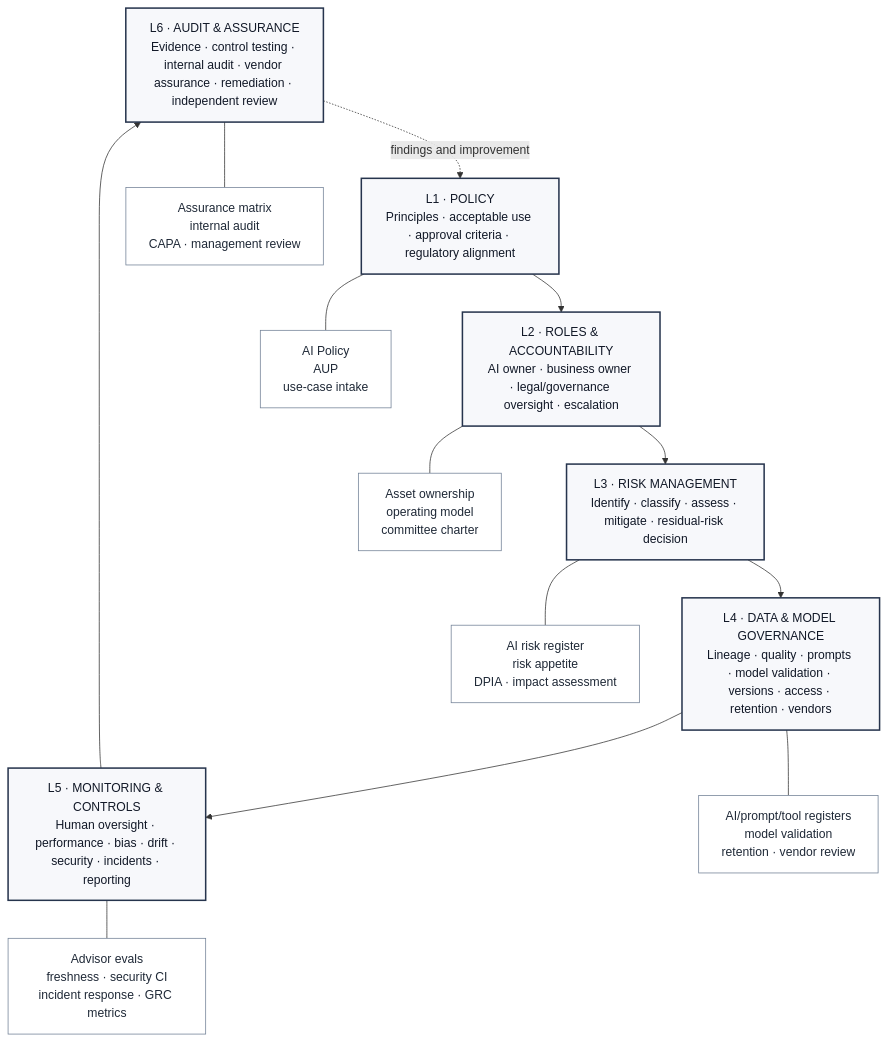
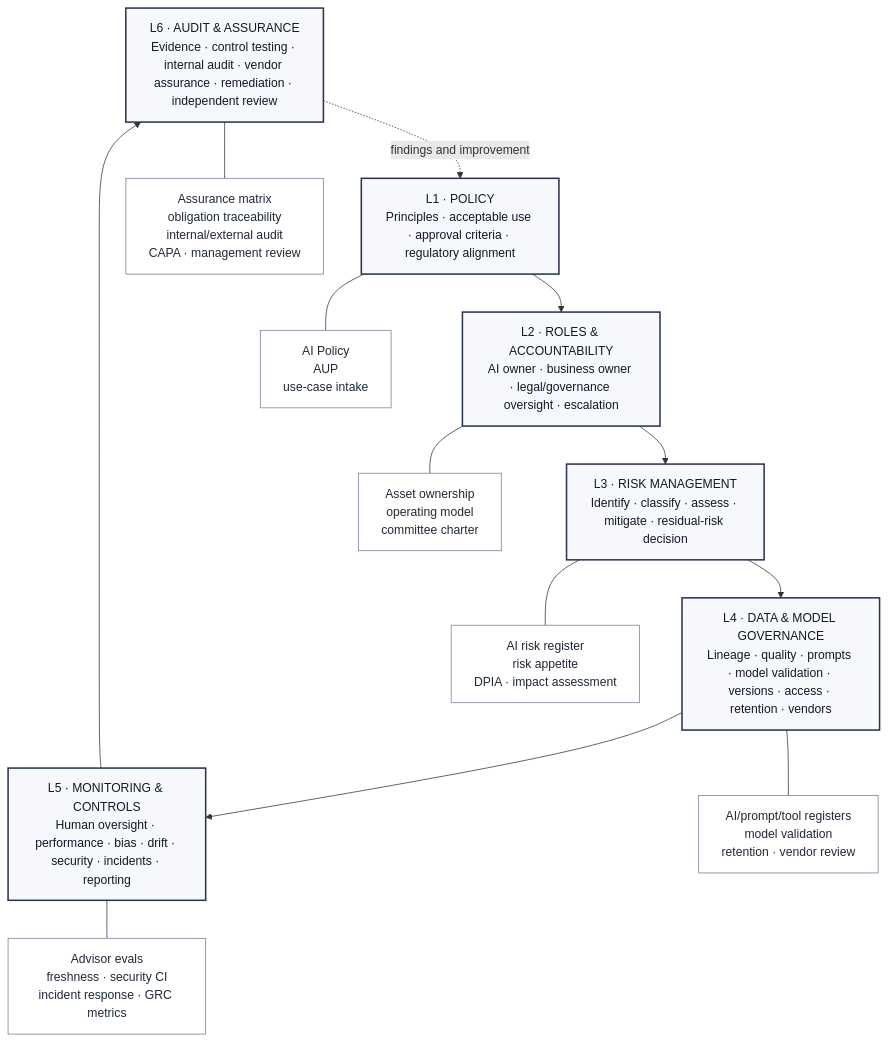
One commit to trex0092/HAWKEYE-STERLING-RA changed the diagram in docs/executive/diagrams/d2-enterprise-ai-governance-layers.mmd. Above: the diagram before and after it, drawn with Mermaid.

Commit message:
docs(diagram): show obligation traceability in audit layer

```diff
--- a/docs/executive/diagrams/d2-enterprise-ai-governance-layers.mmd
+++ b/docs/executive/diagrams/d2-enterprise-ai-governance-layers.mmd
@@ -1,31 +1,31 @@
 %% Enterprise AI Governance — original Hawkeye Sterling implementation
 %% Conceptual six-layer taxonomy; no third-party artwork reproduced.
 flowchart TB
   A["L6 · AUDIT & ASSURANCE<br/>Evidence · control testing · internal audit · vendor assurance · remediation · independent review"]
   M["L5 · MONITORING & CONTROLS<br/>Human oversight · performance · bias · drift · security · incidents · reporting"]
   D["L4 · DATA & MODEL GOVERNANCE<br/>Lineage · quality · prompts · model validation · versions · access · retention · vendors"]
   R["L3 · RISK MANAGEMENT<br/>Identify · classify · assess · mitigate · residual-risk decision"]
   O["L2 · ROLES & ACCOUNTABILITY<br/>AI owner · business owner · legal/governance oversight · escalation"]
   P["L1 · POLICY<br/>Principles · acceptable use · approval criteria · regulatory alignment"]
 
   P --> O --> R --> D --> M --> A
   A -. findings and improvement .-> P
 
   P1["AI Policy<br/>AUP<br/>use-case intake"]
   O1["Asset ownership<br/>operating model<br/>committee charter"]
   R1["AI risk register<br/>risk appetite<br/>DPIA · impact assessment"]
   D1["AI/prompt/tool registers<br/>model validation<br/>retention · vendor review"]
   M1["Advisor evals<br/>freshness · security CI<br/>incident response · GRC metrics"]
-  A1["Assurance matrix<br/>internal audit<br/>CAPA · management review"]
+  A1["Assurance matrix<br/>obligation traceability<br/>internal/external audit<br/>CAPA · management review"]
 
   P --- P1
   O --- O1
   R --- R1
   D --- D1
   M --- M1
   A --- A1
 
   classDef layer fill:#f7f8fb,stroke:#26344d,color:#111827,stroke-width:2px;
   classDef evidence fill:#ffffff,stroke:#718096,color:#1f2937;
   class P,O,R,D,M,A layer;
   class P1,O1,R1,D1,M1,A1 evidence;
```
